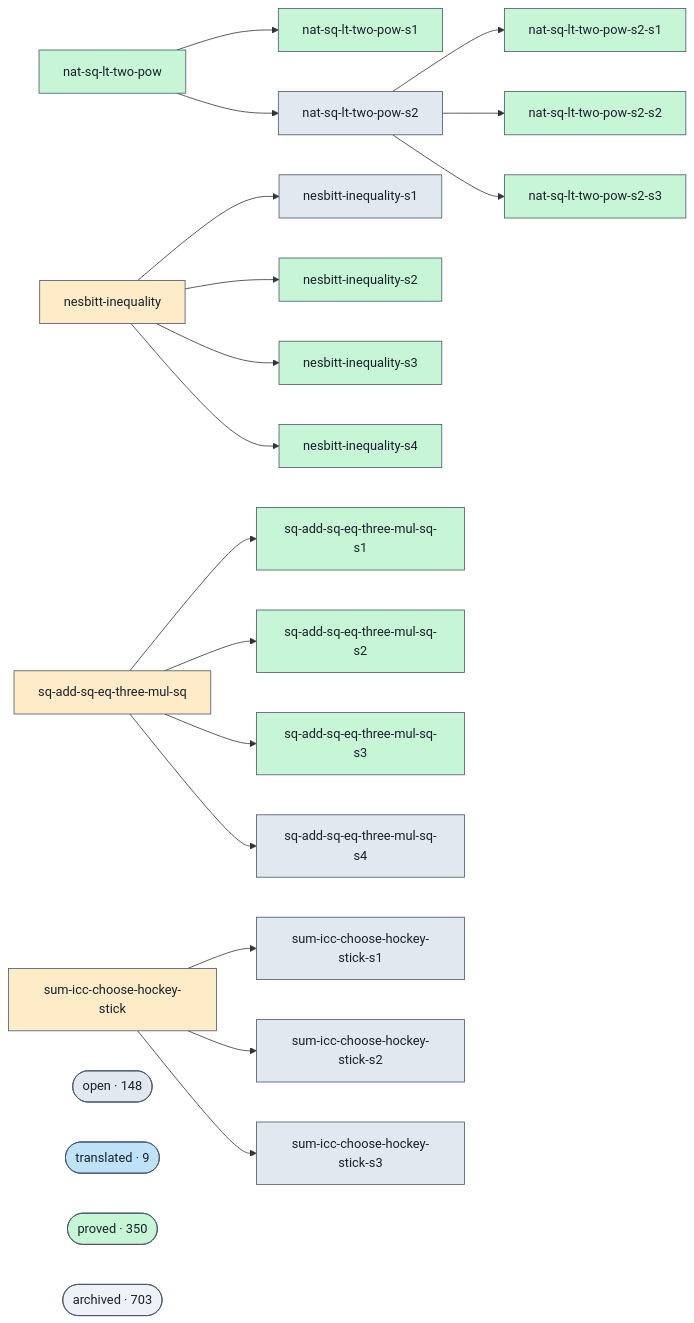
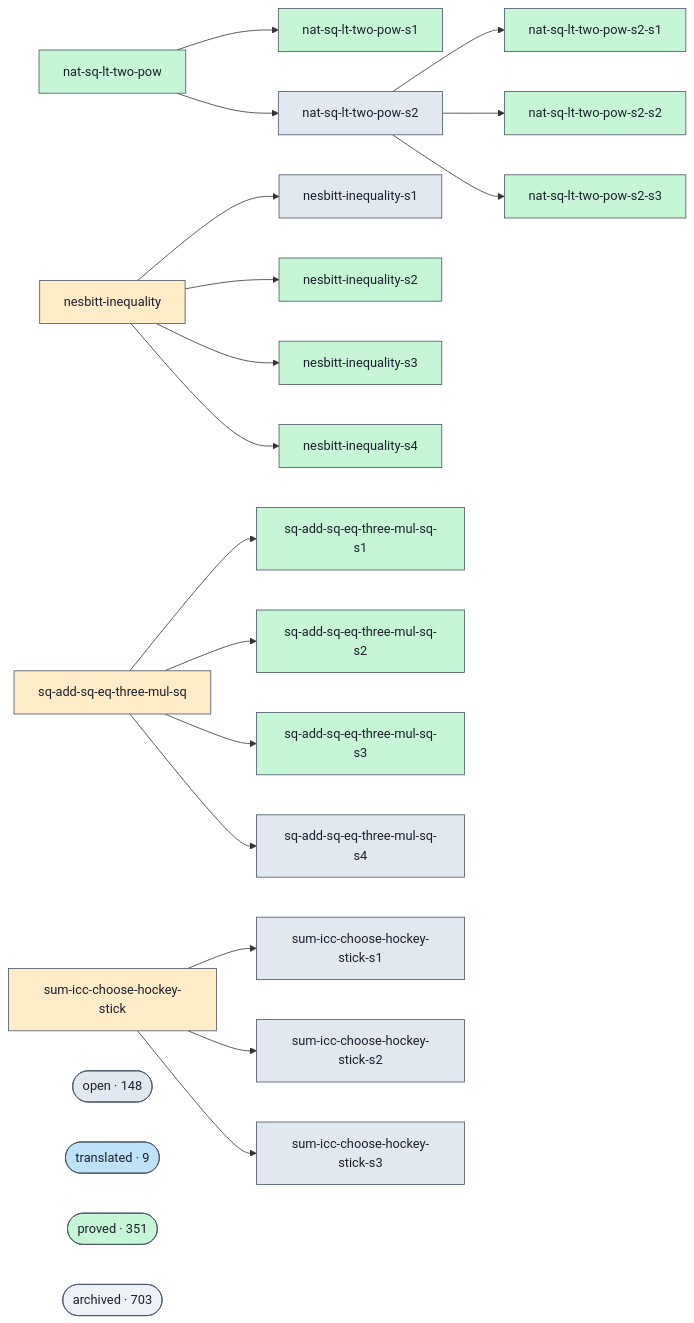
Before and after one commit to ohdearquant/unsorry: the diagram in docs/proofs-contributors-visualisation.md, drawn with Mermaid. The commit also changed other lines of this file and 2 other files, not shown here.

```diff
--- a/docs/proofs-contributors-visualisation.md
+++ b/docs/proofs-contributors-visualisation.md
@@ -102,7 +102,7 @@
   class cluster_open open;
   cluster_translated(["translated · 9"])
   class cluster_translated translated;
-  cluster_proved(["proved · 350"])
+  cluster_proved(["proved · 351"])
   class cluster_proved proved;
   cluster_archived(["archived · 703"])
   class cluster_archived unknown;
```
